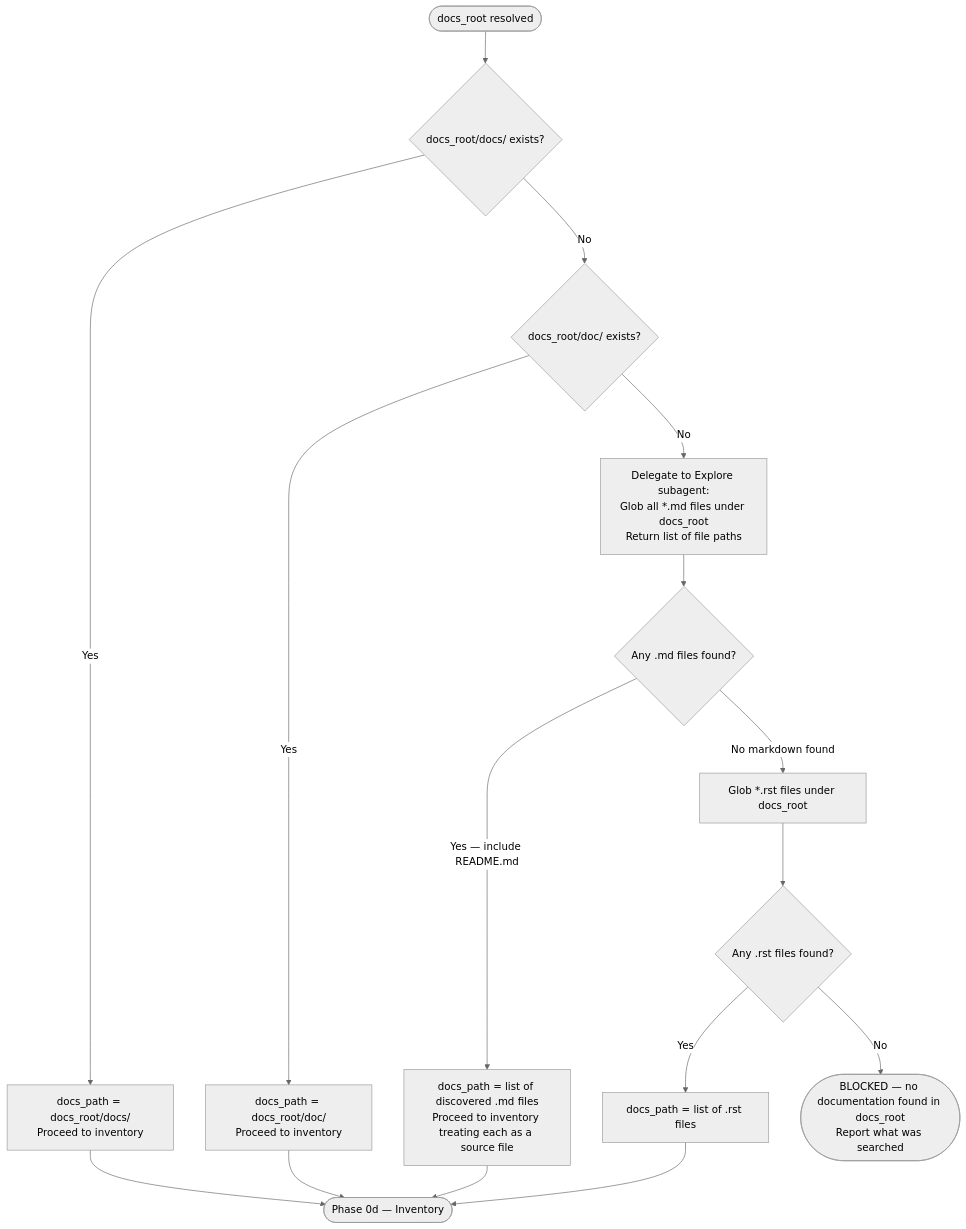
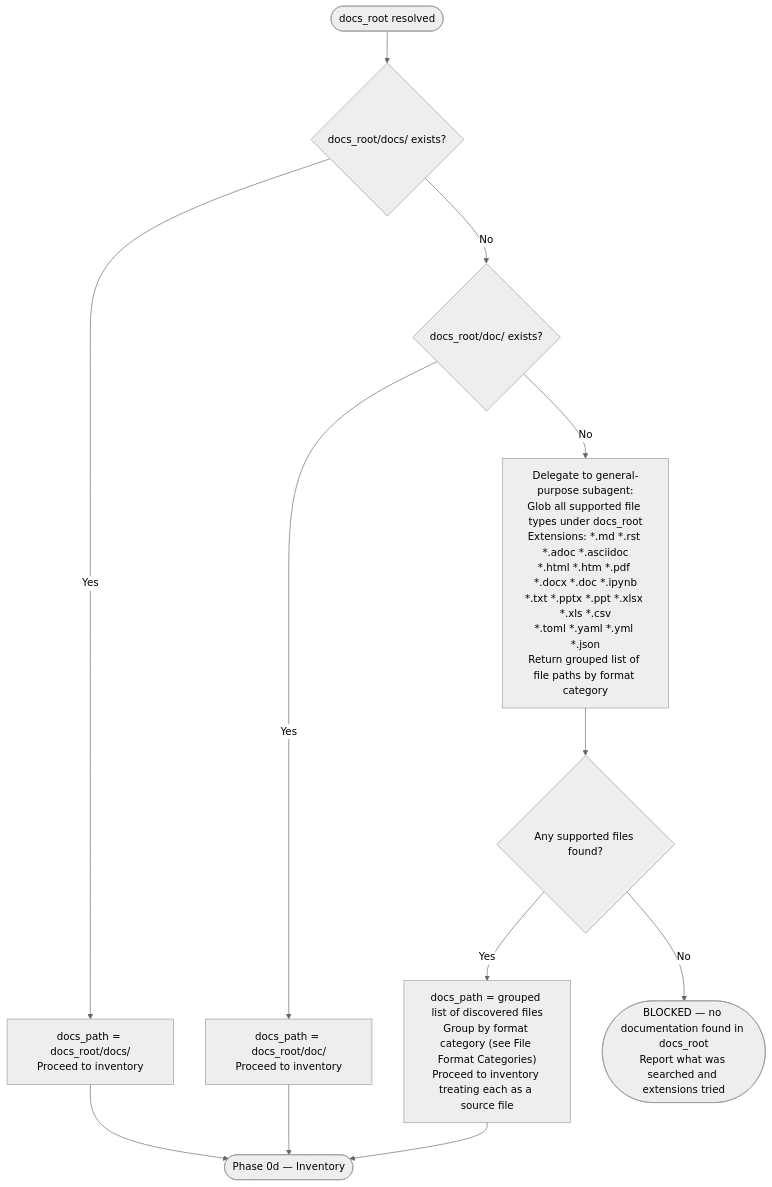
Before and after one commit to chgreer1070/claude_skills: the third of 3 diagrams in plugins/the-rewrite-room/skills/user-docs-to-ai-skill/references/input-resolution.md, drawn with Mermaid (neutral theme). The commit also changed other lines of this file and 5 other files, not shown here.

````diff
--- a/plugins/the-rewrite-room/skills/user-docs-to-ai-skill/references/input-resolution.md
+++ b/plugins/the-rewrite-room/skills/user-docs-to-ai-skill/references/input-resolution.md
@@ -87,18 +88,14 @@
 ```mermaid
 flowchart TD
     Start([docs_root resolved]) --> Q1{docs_root/docs/ exists?}
     Q1 -->|Yes| UseDocs[docs_path = docs_root/docs/\nProceed to inventory]
     Q1 -->|No| Q2{docs_root/doc/ exists?}
     Q2 -->|Yes| UseDoc[docs_path = docs_root/doc/\nProceed to inventory]
-    Q2 -->|No| Scan["Delegate to Explore subagent:\nGlob all *.md files under docs_root\nReturn list of file paths"]
-    Scan --> Q3{Any .md files found?}
-    Q3 -->|Yes — include README.md| UseList[docs_path = list of discovered .md files\nProceed to inventory treating each as a source file]
-    Q3 -->|No markdown found| CheckRST["Glob *.rst files under docs_root"]
-    CheckRST --> Q4{Any .rst files found?}
-    Q4 -->|Yes| UseRST[docs_path = list of .rst files]
-    Q4 -->|No| Block([BLOCKED — no documentation found in docs_root\nReport what was searched])
+    Q2 -->|No| Scan["Delegate to general-purpose subagent:\nGlob all supported file types under docs_root\nExtensions: *.md *.rst *.adoc *.asciidoc\n*.html *.htm *.pdf *.docx *.doc *.ipynb\n*.txt *.pptx *.ppt *.xlsx *.xls *.csv\n*.toml *.yaml *.yml *.json\nReturn grouped list of file paths by format category"]
+    Scan --> Q3{Any supported files found?}
+    Q3 -->|Yes| UseList["docs_path = grouped list of discovered files\nGroup by format category (see File Format Categories)\nProceed to inventory treating each as a source file"]
+    Q3 -->|No| Block([BLOCKED — no documentation found in docs_root\nReport what was searched and extensions tried])
     UseDocs --> Inventory([Phase 0d — Inventory])
     UseDoc --> Inventory
     UseList --> Inventory
-    UseRST --> Inventory
 ```
````
